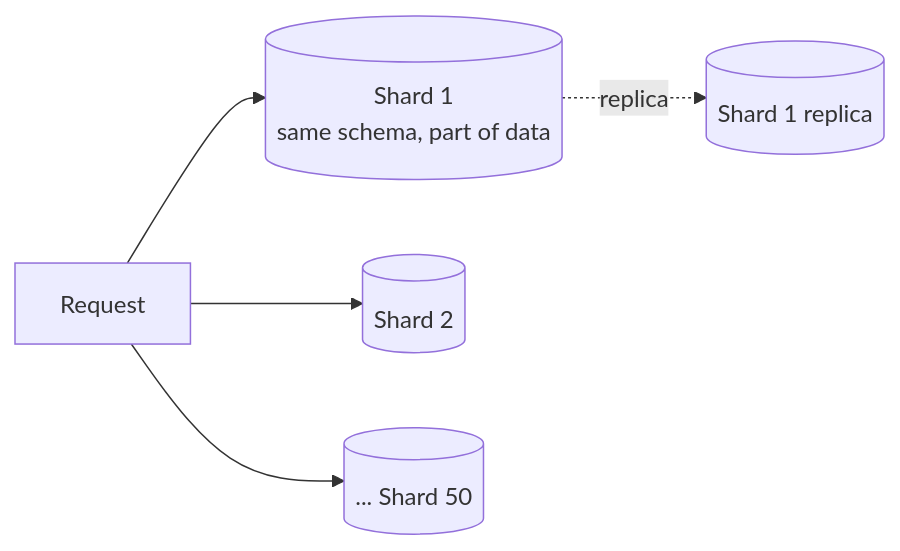
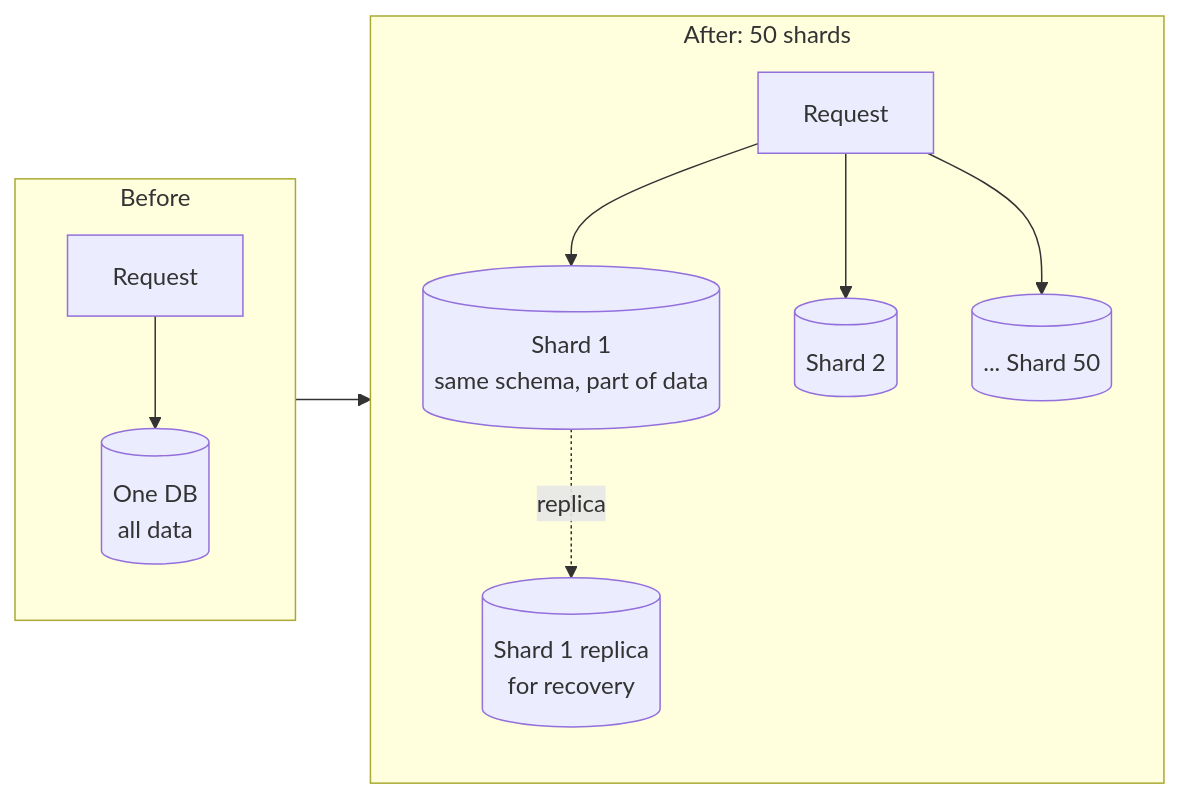
The seventh of 8 diagrams in dbms/19-scaling-patterns.md (aaryan-pradhan/core-cs-fundamentals), drawn with Mermaid before and after one commit. The commit also changed other lines of this file, not shown here.

````diff
--- a/dbms/19-scaling-patterns.md
+++ b/dbms/19-scaling-patterns.md
@@ -122,7 +125,13 @@
 ```mermaid
 flowchart LR
-  RL["Request"] --> S1[("Shard 1<br/>same schema, part of data")]
-  RL --> S2[("Shard 2")]
-  RL --> Sn[("... Shard 50")]
-  S1 -. "replica" .-> S1R[("Shard 1 replica")]
+  subgraph B["Before"]
+    Q1["Request"] --> F[("One DB<br/>all data")]
+  end
+  subgraph A["After: 50 shards"]
+    Q2["Request"] --> S1[("Shard 1<br/>same schema, part of data")]
+    Q2 --> S2[("Shard 2")]
+    Q2 --> SN[("... Shard 50")]
+    S1 -. "replica" .-> S1R[("Shard 1 replica<br/>for recovery")]
+  end
+  B --> A
 ```
````
